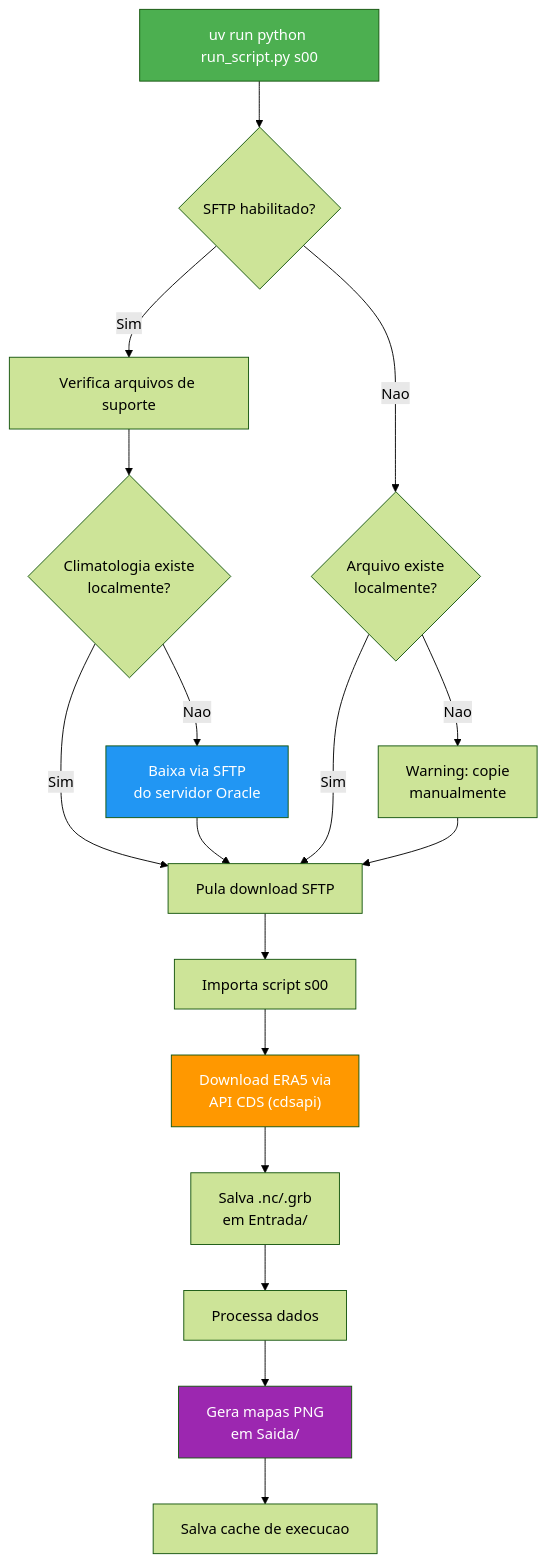
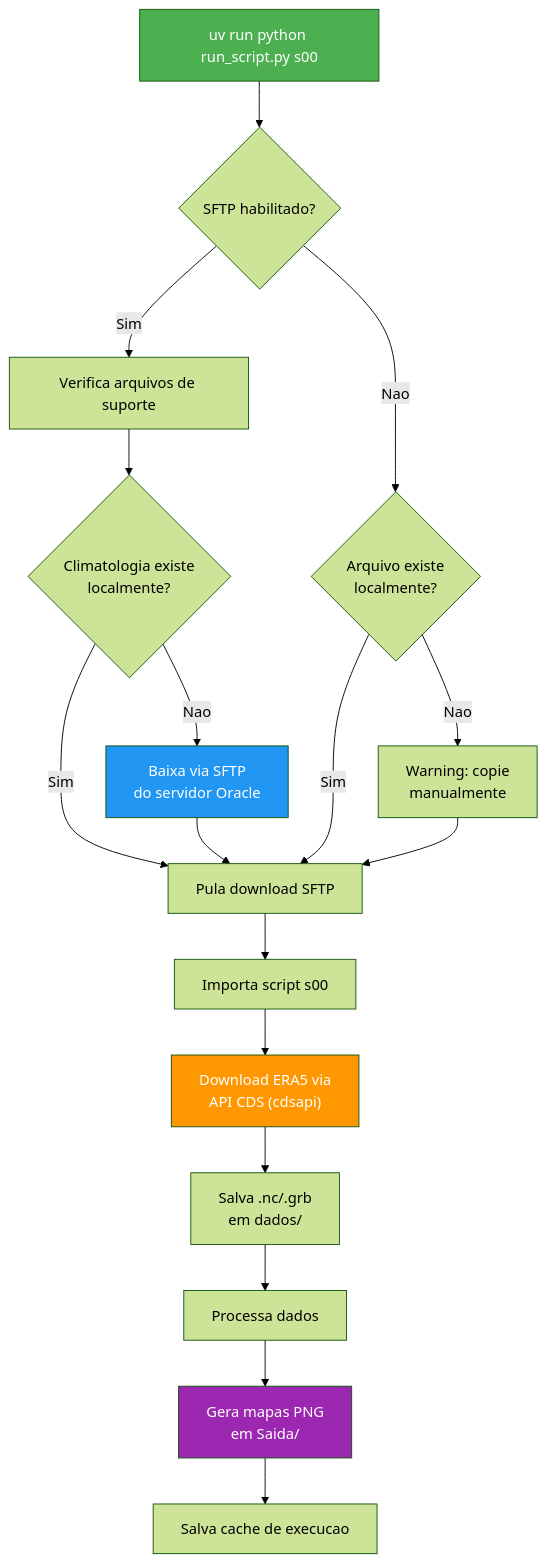
One commit to capucinbruno/campos_e_graficos_artigos_cientificos changed the first of 5 diagrams in README.md. Above: the diagram before and after it, drawn with Mermaid (forest theme). The commit also changed other lines of this file and 23 other files, not shown here.

````diff
--- a/README.md
+++ b/README.md
@@ -64,24 +65,24 @@
 ```mermaid
 flowchart TD
     A["uv run python run_script.py s00"] --> B{SFTP habilitado?}
     B -->|Sim| C[Verifica arquivos de suporte]
     C --> D{Climatologia existe<br/>localmente?}
     D -->|Nao| E["Baixa via SFTP<br/>do servidor Oracle"]
     D -->|Sim| F[Pula download SFTP]
     E --> F
     B -->|Nao| G{Arquivo existe<br/>localmente?}
     G -->|Sim| F
     G -->|Nao| H["Warning: copie<br/>manualmente"]
     H --> F
     F --> I[Importa script s00]
     I --> J["Download ERA5 via<br/>API CDS (cdsapi)"]
-    J --> K["Salva .nc/.grb<br/>em Entrada/"]
+    J --> K["Salva .nc/.grb<br/>em dados/"]
     K --> L[Processa dados]
     L --> M["Gera mapas PNG<br/>em Saida/"]
     M --> N[Salva cache de execucao]
 
     style A fill:#4CAF50,color:#fff
     style E fill:#2196F3,color:#fff
     style J fill:#FF9800,color:#fff
     style M fill:#9C27B0,color:#fff
 ```
````
